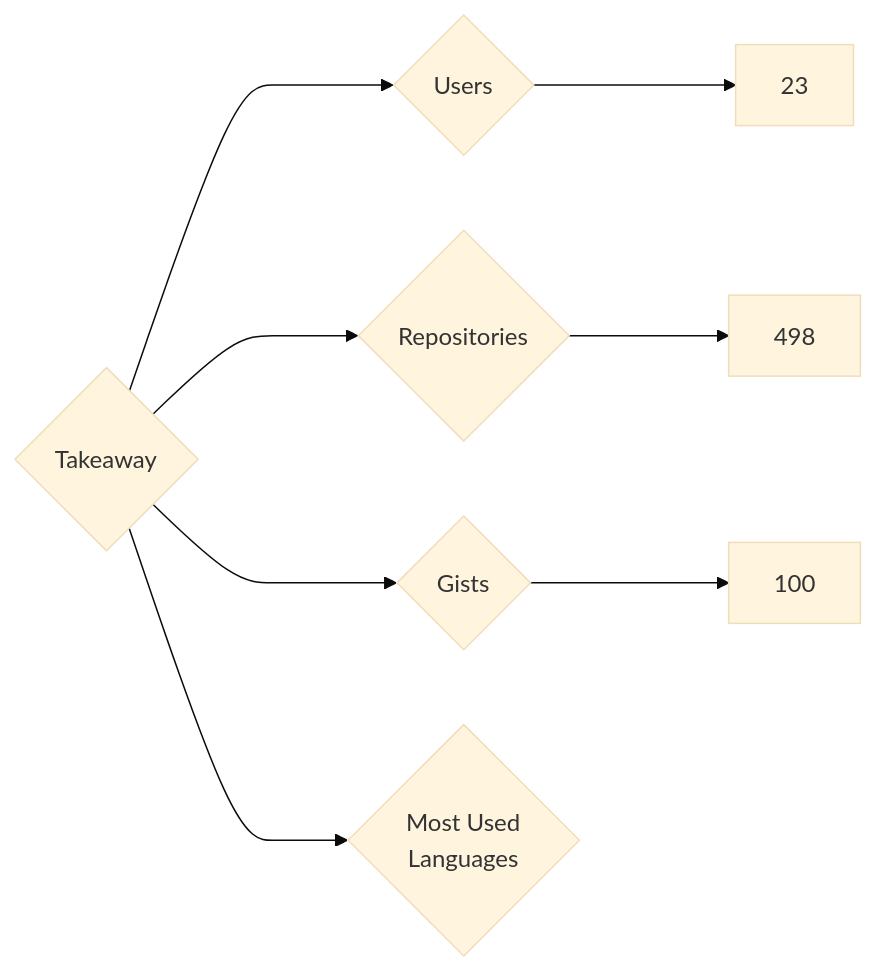
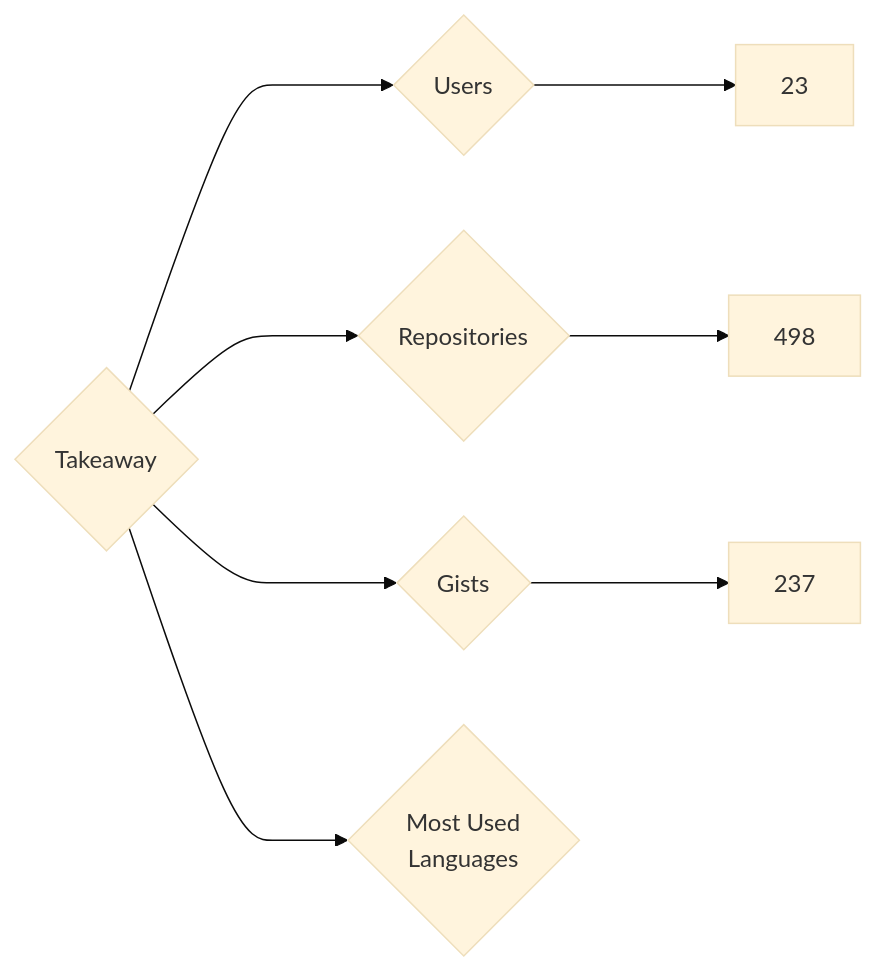
The diagram in targets/Takeaway/README.md (nenadzaric/insiders), drawn with Mermaid (base theme) before and after one commit. The commit also changed 1342 other files, not shown here.

````diff
--- a/targets/Takeaway/README.md
+++ b/targets/Takeaway/README.md
@@ -3,8 +3,8 @@
 ```mermaid
 graph LR
 COMPANY_NAME{Takeaway}
 COMPANY_NAME ---> U{Users} ---> UN[23]
 COMPANY_NAME ---> R{Repositories} ---> RN[498]
-COMPANY_NAME ---> G{Gists} ---> GN[100]
+COMPANY_NAME ---> G{Gists} ---> GN[237]
 COMPANY_NAME ---> ML{Most Used<br>Languages}
 ```
````
